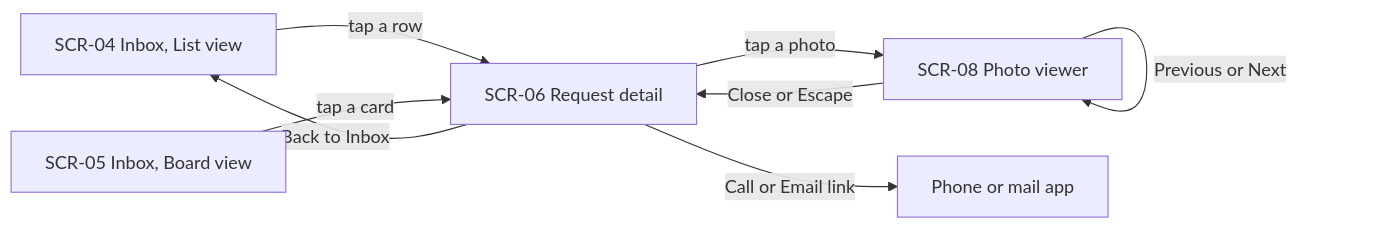
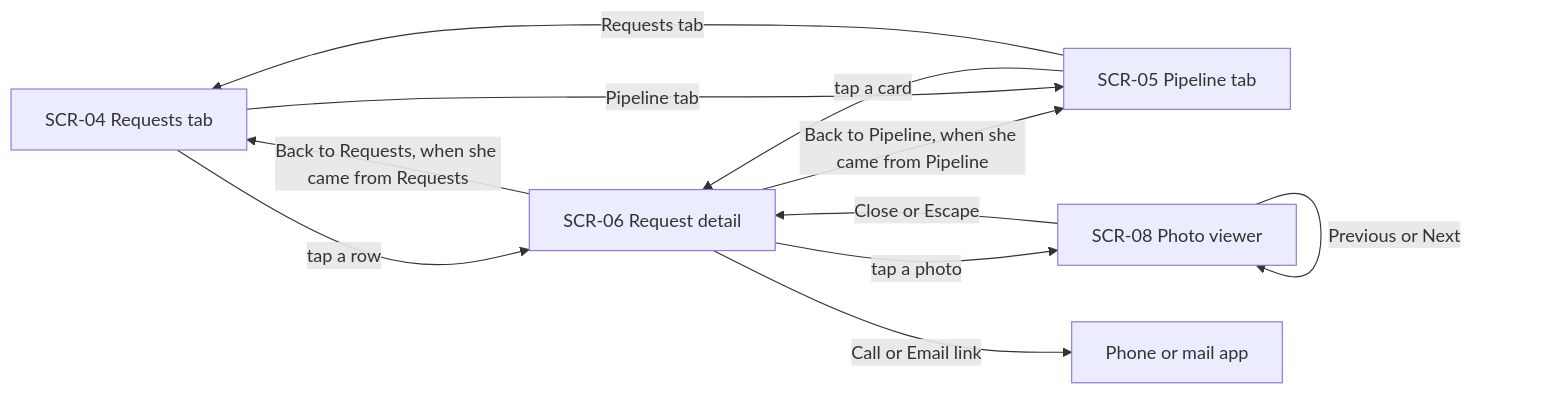
One commit to westmatty92-alt/northside-quotes changed the third of 7 diagrams in docs/user-flows.md. Above: the diagram before and after it, drawn with Mermaid. The commit also changed other lines of this file and 83 other files, not shown here.

````diff
--- a/docs/user-flows.md
+++ b/docs/user-flows.md
@@ -73,10 +84,13 @@
 ```mermaid
 flowchart LR
-  A["SCR-04 Inbox, List view"] -->|"tap a row"| C["SCR-06 Request detail"]
-  B["SCR-05 Inbox, Board view"] -->|"tap a card"| C
-  C -->|"Back to Inbox"| A
+  A["SCR-04 Requests tab"] -->|"tap a row"| C["SCR-06 Request detail"]
+  B["SCR-05 Pipeline tab"] -->|"tap a card"| C
+  C -->|"Back to Requests, when she came from Requests"| A
+  C -->|"Back to Pipeline, when she came from Pipeline"| B
   C -->|"tap a photo"| D["SCR-08 Photo viewer"]
   D -->|"Previous or Next"| D
   D -->|"Close or Escape"| C
   C -->|"Call or Email link"| E["Phone or mail app"]
+  A -->|"Pipeline tab"| B
+  B -->|"Requests tab"| A
 ```
````
